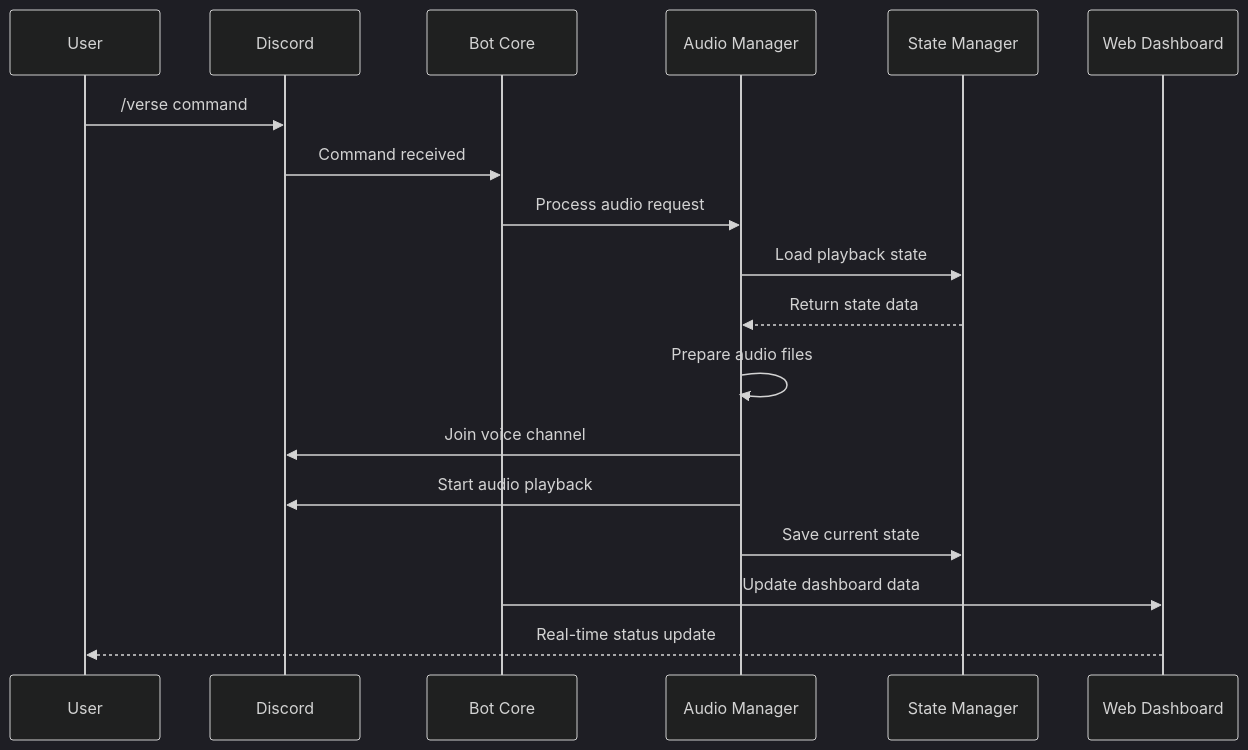
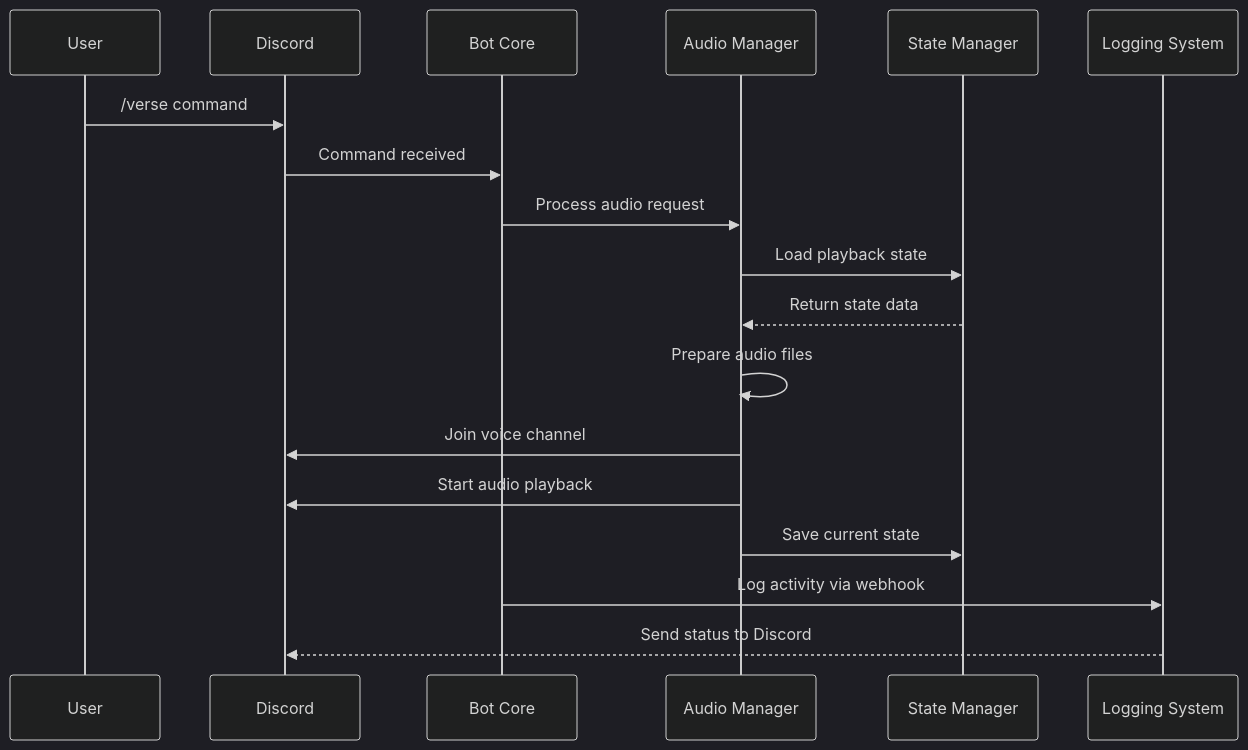
Before and after one commit to trippixn963/QuranBot: the second of 12 diagrams in docs/ARCHITECTURE.md, drawn with Mermaid (dark theme). The commit also changed other lines of this file and 101 other files, not shown here.

````diff
--- a/docs/ARCHITECTURE.md
+++ b/docs/ARCHITECTURE.md
@@ -87,21 +87,21 @@
 ```mermaid
 sequenceDiagram
     participant U as User
     participant D as Discord
     participant B as Bot Core
     participant A as Audio Manager
     participant S as State Manager
-    participant W as Web Dashboard
-    
+    participant L as Logging System
+
     U->>D: /verse command
     D->>B: Command received
     B->>A: Process audio request
     A->>S: Load playback state
     S-->>A: Return state data
     A->>A: Prepare audio files
     A->>D: Join voice channel
     A->>D: Start audio playback
     A->>S: Save current state
-    B->>W: Update dashboard data
-    W-->>U: Real-time status update
+    B->>L: Log activity via webhook
+    L-->>D: Send status to Discord
 ```
````
